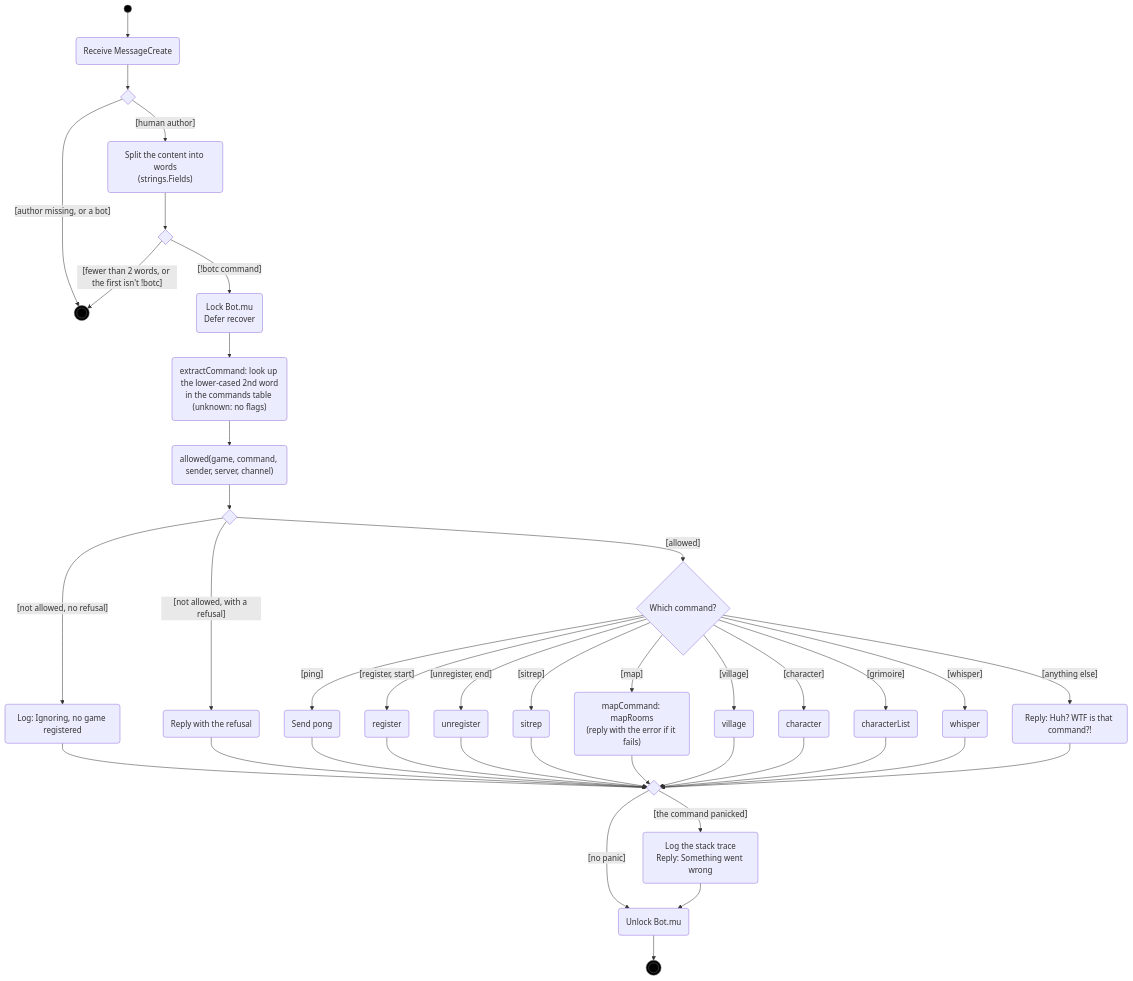
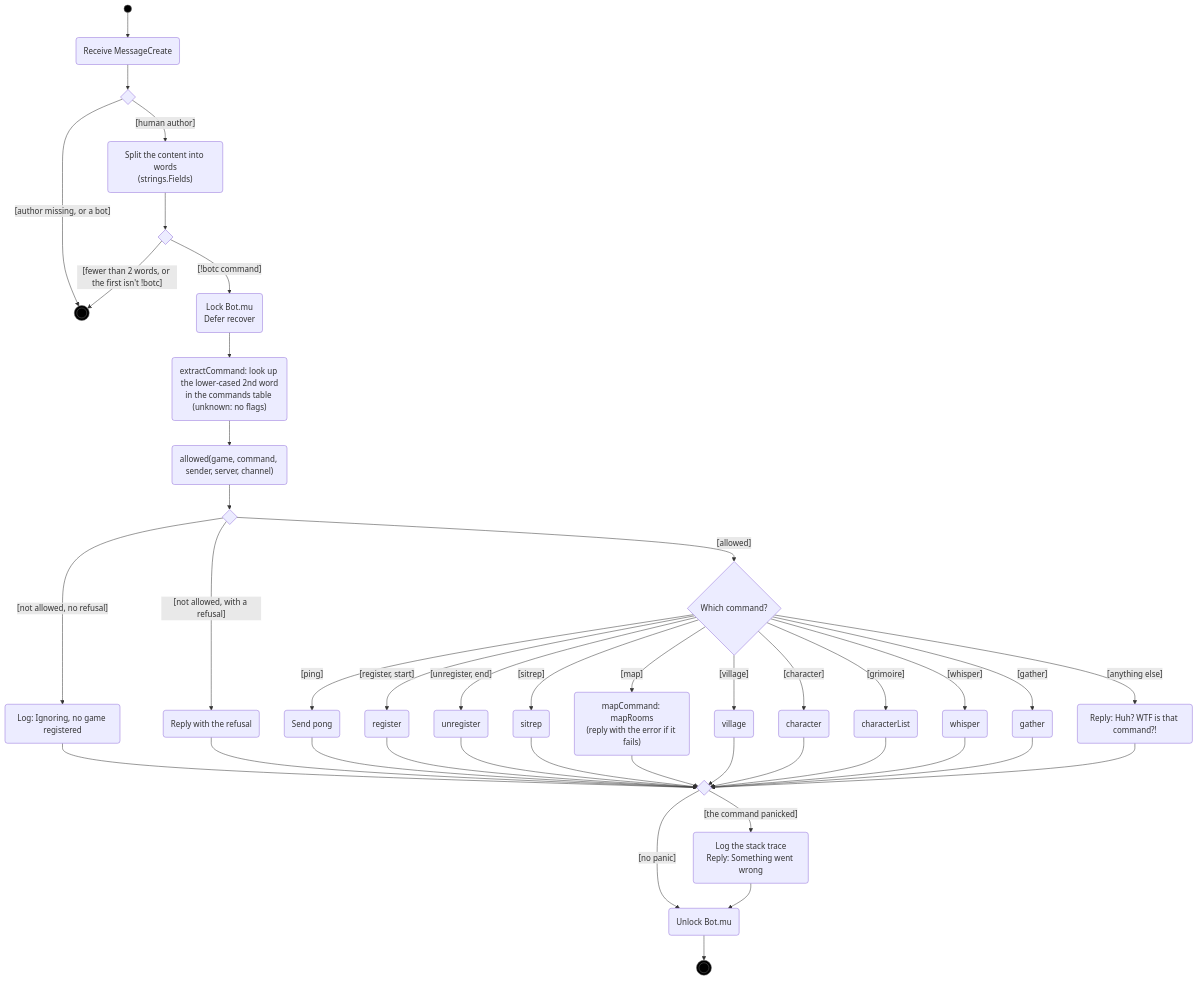
Before and after one commit to RAGNOARAKNOS/BotOnTheClocktower: the first of 3 diagrams in docs/uml/command-dispatch.md, drawn with Mermaid. The commit also changed other lines of this file and 14 other files, not shown here.

````diff
--- a/docs/uml/command-dispatch.md
+++ b/docs/uml/command-dispatch.md
@@ -11,34 +11,35 @@
 ```mermaid
 flowchart TD
     start((" ")):::initial --> recv("Receive MessageCreate")
     recv --> d1{" "}
     d1 -->|"[author missing, or a bot]"| ignored(((" "))):::final
     d1 -->|"[human author]"| split("Split the content into words<br/>(strings.Fields)")
     split --> d2{" "}
     d2 -->|"[fewer than 2 words, or the first isn't !botc]"| ignored
     d2 -->|"[!botc command]"| lock("Lock Bot.mu<br/>Defer recover")
     lock --> lookup("extractCommand: look up the lower-cased 2nd word<br/>in the commands table (unknown: no flags)")
     lookup --> allowed("allowed(game, command, sender, server, channel)")
     allowed --> dok{" "}
     dok -->|"[not allowed, no refusal]"| ign("Log: Ignoring, no game registered")
     dok -->|"[not allowed, with a refusal]"| refuse("Reply with the refusal")
     dok -->|"[allowed]"| cmd{"Which command?"}
     cmd -->|"[ping]"| ping("Send pong")
     cmd -->|"[register, start]"| reg("register")
     cmd -->|"[unregister, end]"| unreg("unregister")
     cmd -->|"[sitrep]"| sit("sitrep")
     cmd -->|"[map]"| maprooms("mapCommand: mapRooms<br/>(reply with the error if it fails)")
     cmd -->|"[village]"| vil("village")
     cmd -->|"[character]"| chr("character")
     cmd -->|"[grimoire]"| gri("characterList")
     cmd -->|"[whisper]"| whi("whisper")
+    cmd -->|"[gather]"| gat("gather")
     cmd -->|"[anything else]"| wtf("Reply: Huh? WTF is that command?!")
-    ign & refuse & ping & reg & unreg & sit & maprooms & vil & chr & gri & whi & wtf --> merged{" "}
+    ign & refuse & ping & reg & unreg & sit & maprooms & vil & chr & gri & whi & gat & wtf --> merged{" "}
     merged -->|"[the command panicked]"| rec("Log the stack trace<br/>Reply: Something went wrong")
     merged -->|"[no panic]"| unlock("Unlock Bot.mu")
     rec --> unlock
     unlock --> done(((" "))):::final
 
     classDef initial fill:#000,stroke:#666
     classDef final fill:#000,stroke:#666
 ```
````
